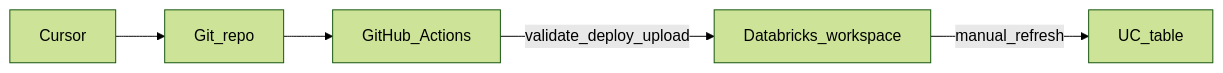
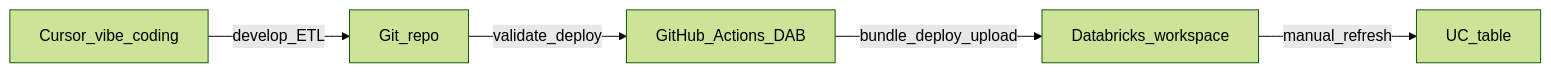
Before and after one commit to krishanubera/databricks_cicd_with_vibe: the diagram in docs/demo-session.md, drawn with Mermaid (forest theme). The commit also changed other lines of this file, not shown here.

First line of the commit message:
docs: refresh demo-session for Cursor ETL, DAB, and inline prompt

````diff
--- a/docs/demo-session.md
+++ b/docs/demo-session.md
@@ -33,11 +52,11 @@
 ```mermaid
 flowchart LR
-  Cursor[Cursor]
+  Cursor[Cursor_vibe_coding]
   Repo[Git_repo]
-  GHA[GitHub_Actions]
+  GHA[GitHub_Actions_DAB]
   WS[Databricks_workspace]
-  Cursor --> Repo
-  Repo --> GHA
-  GHA -->|validate_deploy_upload| WS
+  Cursor -->|develop_ETL| Repo
+  Repo -->|validate_deploy| GHA
+  GHA -->|bundle_deploy_upload| WS
   WS -->|manual_refresh| Table[UC_table]
 ```
````
